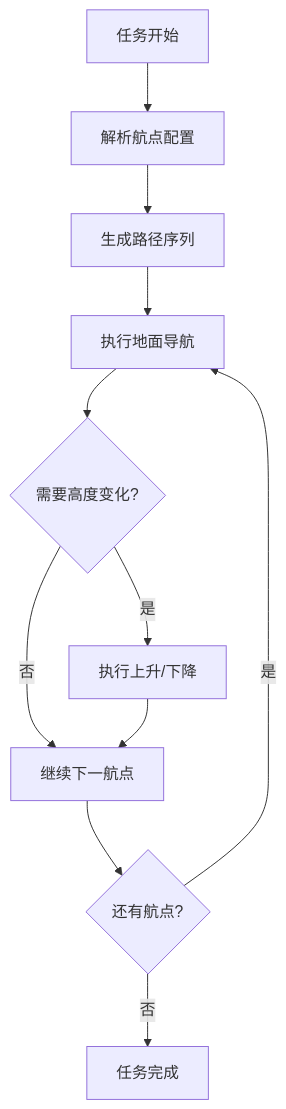
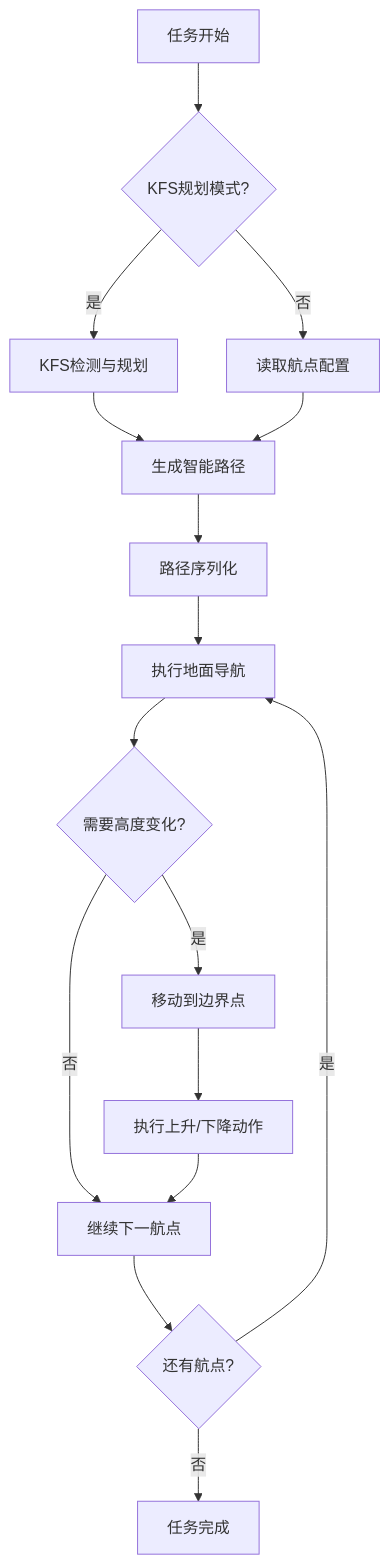
One commit to OH1412/SCURC_Nav_Sim changed the diagram in src/robot_functionality/rc_decision/fly_step_mission/README.md. Above: the diagram before and after it, drawn with Mermaid. The commit also changed other lines of this file and 5 other files, not shown here.

````diff
--- a/src/robot_functionality/rc_decision/fly_step_mission/README.md
+++ b/src/robot_functionality/rc_decision/fly_step_mission/README.md
@@ -298,13 +506,18 @@
 ```mermaid
 graph TD
-    A[任务开始] --> B[解析航点配置]
-    B --> C[生成路径序列]
-    C --> D[执行地面导航]
-    D --> E{需要高度变化?}
-    E -->|是| F[执行上升/下降]
-    E -->|否| G[继续下一航点]
-    F --> G
-    G --> H{还有航点?}
-    H -->|是| D
-    H -->|否| I[任务完成]
+    A[任务开始] --> B{KFS规划模式?}
+    B -->|是| C[KFS检测与规划]
+    B -->|否| D[读取航点配置]
+    C --> E[生成智能路径]
+    D --> E
+    E --> F[路径序列化]
+    F --> G[执行地面导航]
+    G --> H{需要高度变化?}
+    H -->|是| I[移动到边界点]
+    H -->|否| J[继续下一航点]
+    I --> K[执行上升/下降动作]
+    K --> J
+    J --> L{还有航点?}
+    L -->|是| G
+    L -->|否| M[任务完成]
 ```
````
